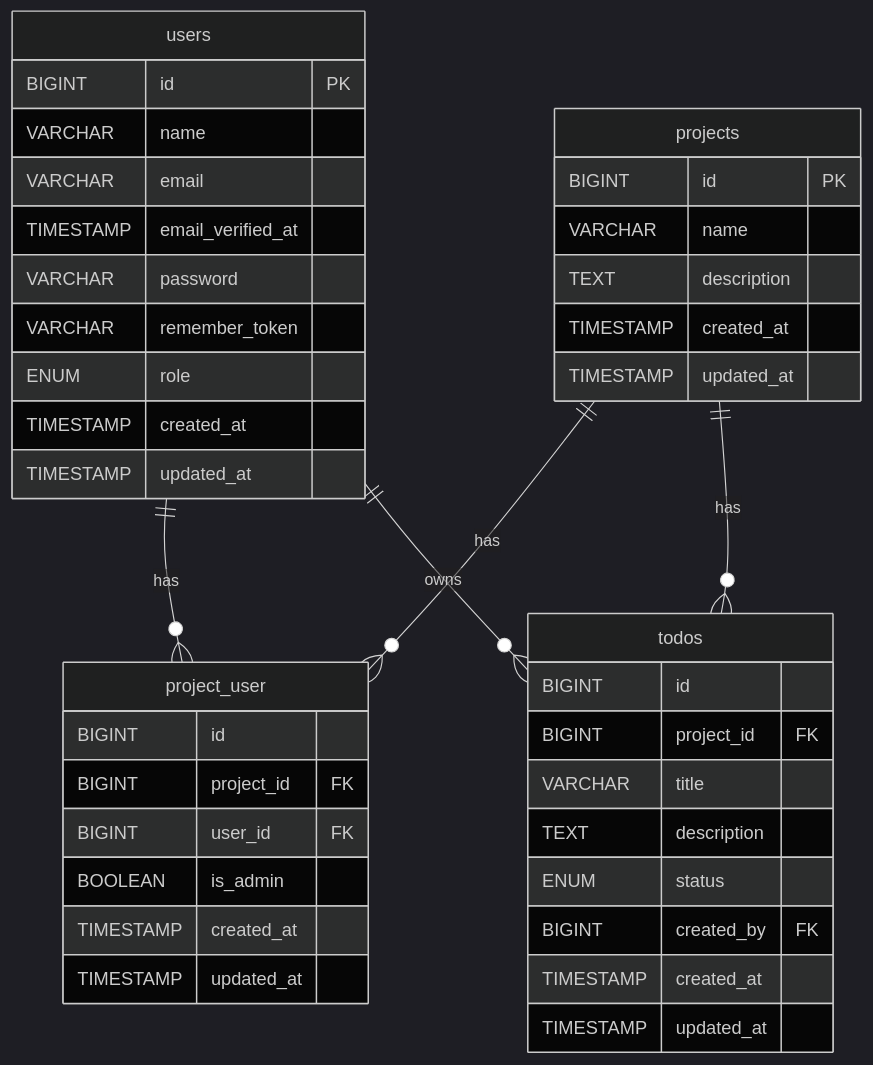
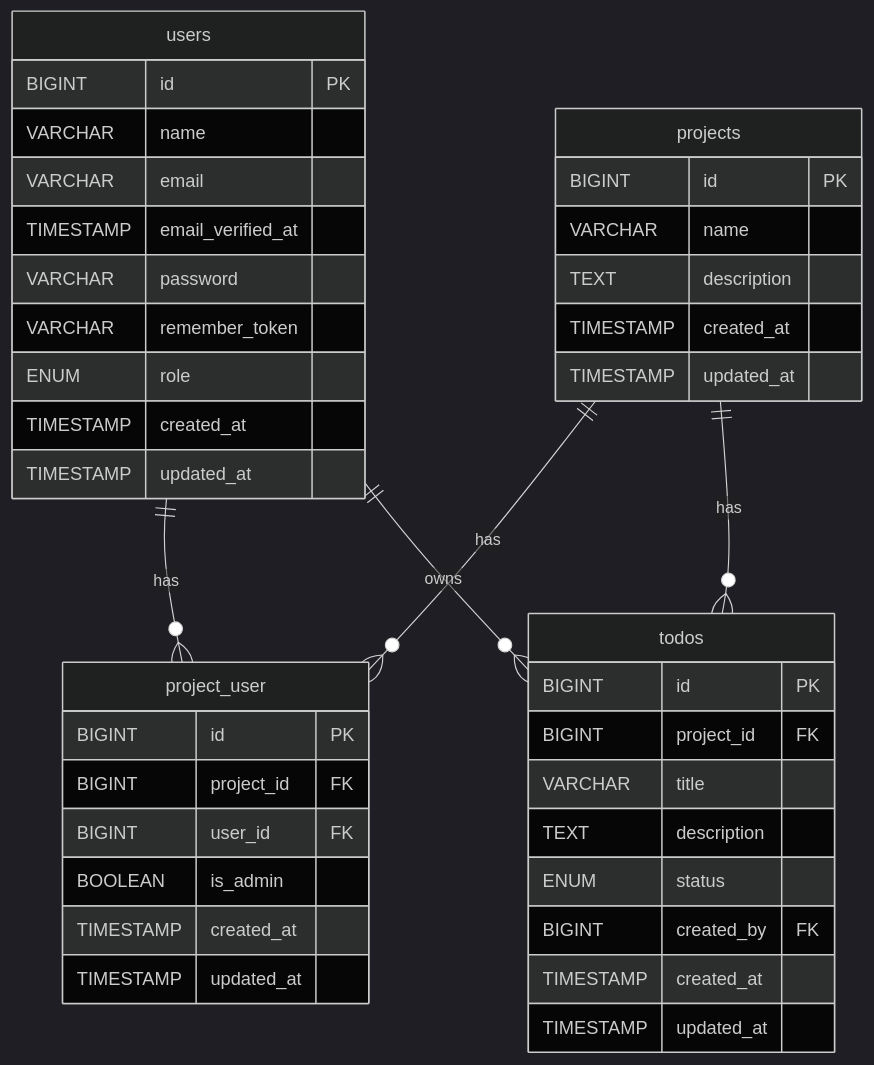
Before and after one commit to shuji81/laravel-todo-app-practice: the diagram in docs/ER図.mmd, drawn with Mermaid (dark theme). The commit also changed 1 other file, not shown here.

```diff
--- a/docs/ER図.mmd
+++ b/docs/ER図.mmd
@@ -1,45 +1,45 @@
 erDiagram
     users {
         BIGINT id PK
         VARCHAR name
         VARCHAR email
         TIMESTAMP email_verified_at
         VARCHAR password
         VARCHAR remember_token
         ENUM role
         TIMESTAMP created_at
         TIMESTAMP updated_at
     }
     
     projects {
         BIGINT id PK
         VARCHAR name
         TEXT description
         TIMESTAMP created_at
         TIMESTAMP updated_at
     }
     
     project_user {
-        BIGINT id
+        BIGINT id PK
         BIGINT project_id FK
         BIGINT user_id FK
         BOOLEAN is_admin
         TIMESTAMP created_at
         TIMESTAMP updated_at
     }
     
     todos {
-        BIGINT id
+        BIGINT id PK
         BIGINT project_id FK
         VARCHAR title
         TEXT description
         ENUM status
         BIGINT created_by FK
         TIMESTAMP created_at
         TIMESTAMP updated_at
     }
 
     users ||--o{ project_user: "has"
     projects ||--o{ project_user: "has"
     projects ||--o{ todos: "has"
     users ||--o{ todos: "owns"
```
